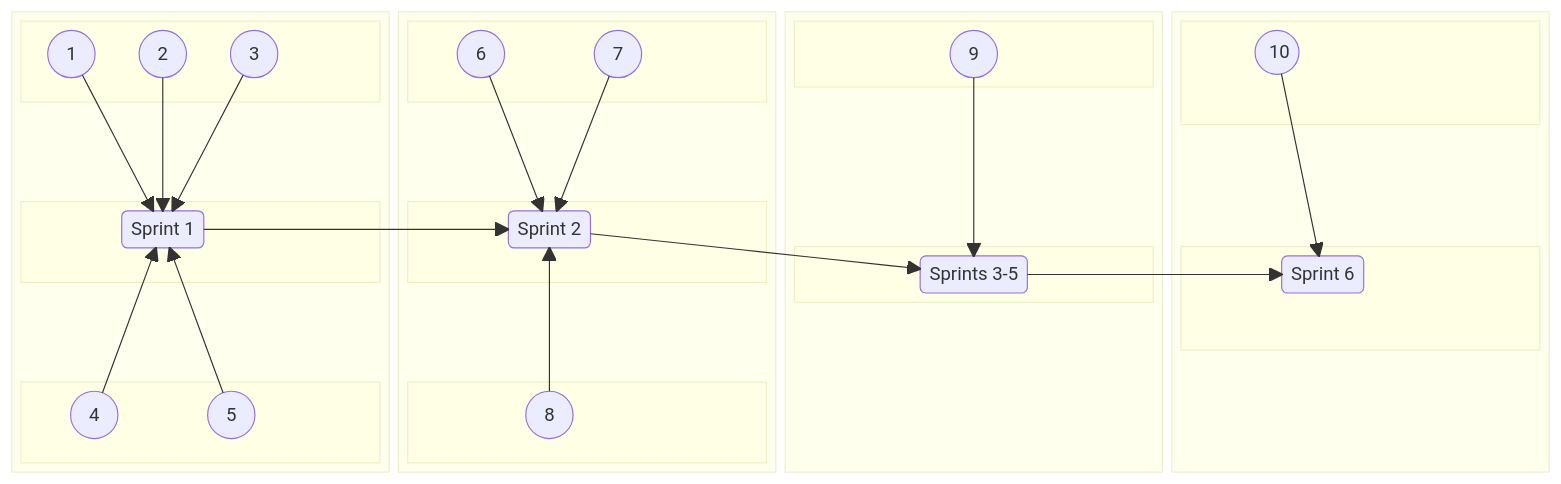
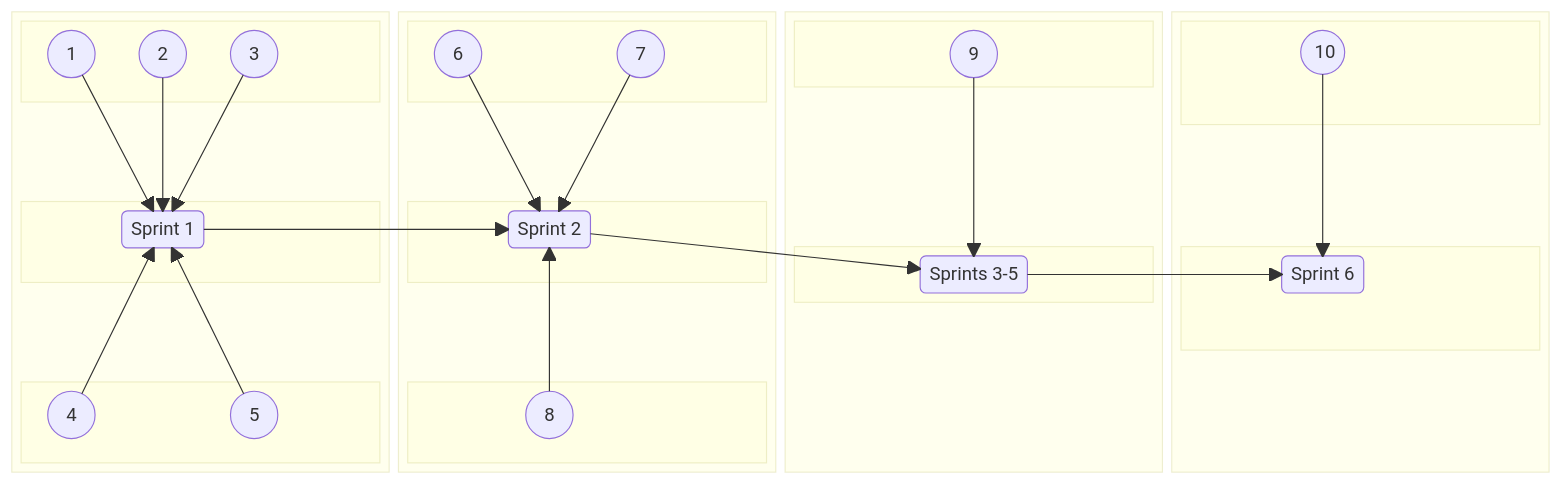
Before and after one commit to jdmedlock/mermaid_testing: the second of 2 diagrams in README.md, drawn with Mermaid.

Commit message:
Feature: Add annotations to test layout

```diff
--- a/README.md
+++ b/README.md
@@ -107,8 +107,9 @@
       end
       space
       block:B1BOTTOM
-        columns 2
+        columns 3
         A4(("&nbsp;&nbsp; 4 &nbsp;&nbsp;"))
+        space
         A5(("&nbsp;&nbsp; 5 &nbsp;&nbsp;"))
       end
       A1 ----> SPRINT1
@@ -121,8 +122,9 @@
     block:B2:1
       columns 1
       block:B2TOP
-        columns 2
+        columns 3
         A6(("&nbsp;&nbsp; 6 &nbsp;&nbsp;"))
+        space
         A7(("&nbsp;&nbsp; 7 &nbsp;&nbsp;"))
       end
       space
@@ -134,8 +136,10 @@
       end
       space
       block:B2BOTTOM
-        columns 1
+        columns 3
+        space
         A8(("&nbsp;&nbsp; 8 &nbsp;&nbsp;"))
+        space
       end
       A6 ----> SPRINT2
       A7 ----> SPRINT2
@@ -145,8 +149,10 @@
     block:B3:1
       columns 1
       block:B3TOP
-        columns 1
+        columns 3
+        space
         A9(("&nbsp;&nbsp; 9 &nbsp;&nbsp;"))
+        space
       end
       space
       space
@@ -164,14 +170,17 @@
     block:B4:1
       columns 1
       block:B4TOP
-        columns 1
+        columns 3
+        space
         A10(("&nbsp;&nbsp;10&nbsp;"))
+        space
       end
       space
       block:B4CENTER
         columns 3
         space
         SPRINT6("&nbsp;Sprint 6&nbsp;")
+        space
       end
       space
       A10 ----> SPRINT6
```
